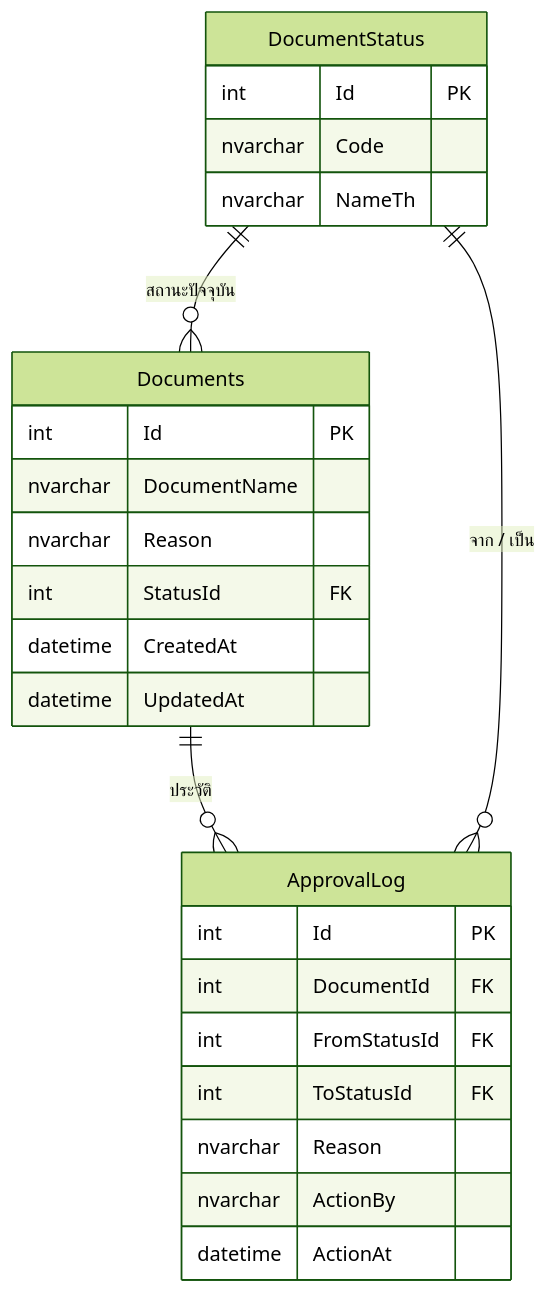
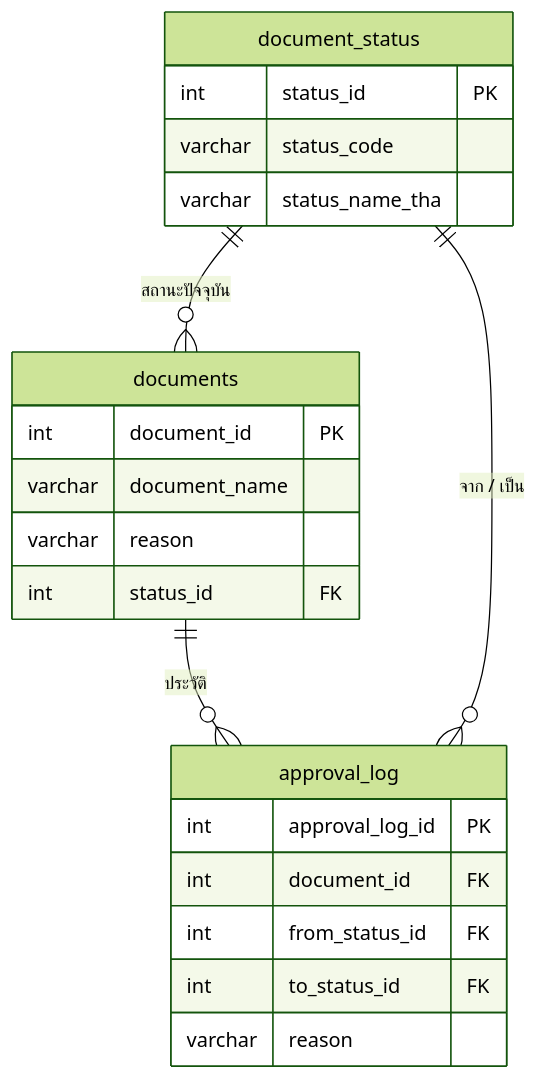
The diagram in docs/design/02-database.md (ekbodin316046/test-ekbodin), drawn with Mermaid (forest theme) before and after one commit. The commit also changed other lines of this file and 4 other files, not shown here.

````diff
--- a/docs/design/02-database.md
+++ b/docs/design/02-database.md
@@ -27,29 +30,25 @@
 ```mermaid
 erDiagram
-  DocumentStatus ||--o{ Documents : "สถานะปัจจุบัน"
-  Documents ||--o{ ApprovalLog : "ประวัติ"
-  DocumentStatus ||--o{ ApprovalLog : "จาก / เป็น"
+  document_status ||--o{ documents : "สถานะปัจจุบัน"
+  documents ||--o{ approval_log : "ประวัติ"
+  document_status ||--o{ approval_log : "จาก / เป็น"
 
-  DocumentStatus {
-    int Id PK
-    nvarchar Code
-    nvarchar NameTh
+  document_status {
+    int status_id PK
+    varchar status_code
+    varchar status_name_tha
   }
-  Documents {
-    int Id PK
-    nvarchar DocumentName
-    nvarchar Reason
-    int StatusId FK
-    datetime CreatedAt
-    datetime UpdatedAt
+  documents {
+    int document_id PK
+    varchar document_name
+    varchar reason
+    int status_id FK
   }
-  ApprovalLog {
-    int Id PK
-    int DocumentId FK
-    int FromStatusId FK
-    int ToStatusId FK
-    nvarchar Reason
-    nvarchar ActionBy
-    datetime ActionAt
+  approval_log {
+    int approval_log_id PK
+    int document_id FK
+    int from_status_id FK
+    int to_status_id FK
+    varchar reason
   }
 ```
````
